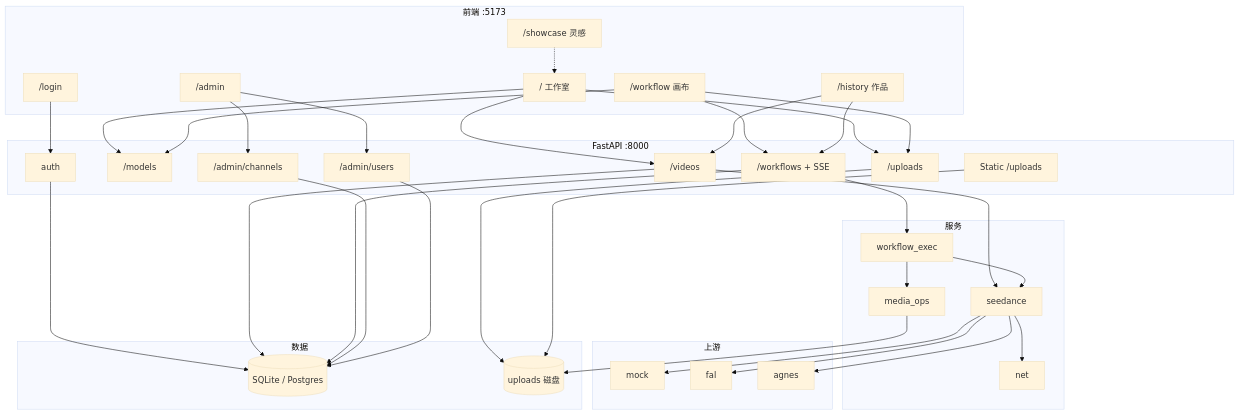
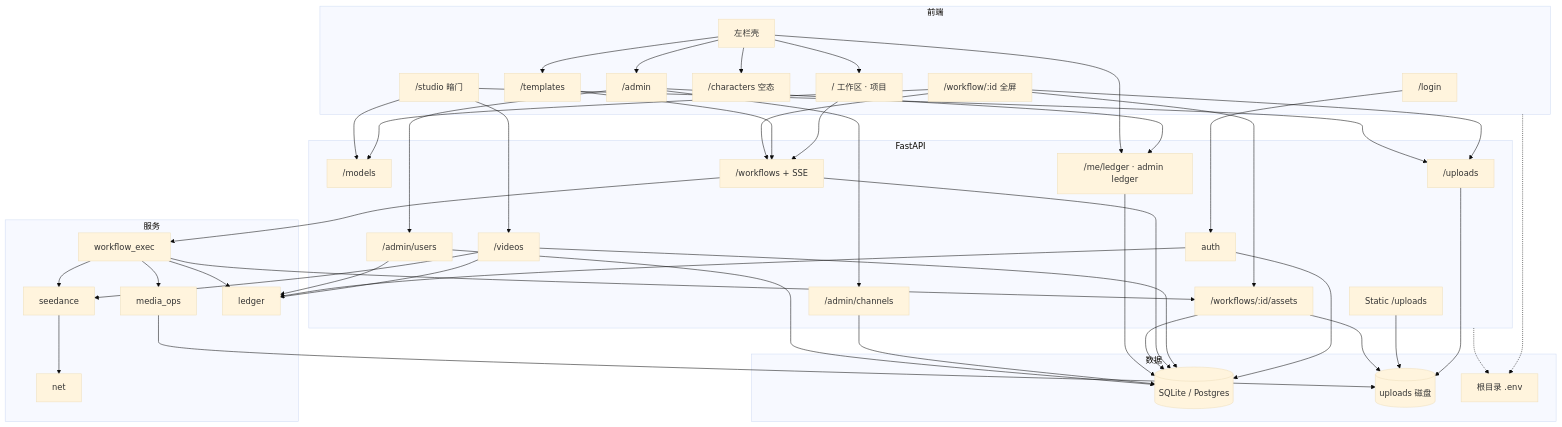
Before and after one commit to Frocir/SeeMeTVC: the diagram in 细化方案.md, drawn with Mermaid (base theme). The commit also changed other lines of this file and 51 other files, not shown here.

Commit message:
build: 补充原型图，并调整一些概念性布局，支持SEEDANCE2.5

````diff
--- a/细化方案.md
+++ b/细化方案.md
@@ -43,54 +73,58 @@
 ```mermaid
 flowchart TB
-  subgraph FE["前端 :5173"]
+  subgraph FE["前端"]
     Login["/login"]
-    Studio["/ 工作室"]
-    Canvas["/workflow 画布"]
-    Showcase["/showcase 灵感"]
-    History["/history 作品"]
+    Rail["左栏壳"]
+    WS["/ 工作区 · 项目"]
+    Tpl["/templates"]
+    Char["/characters 空态"]
     Admin["/admin"]
+    Canvas["/workflow/:id 全屏"]
+    Studio["/studio 暗门"]
   end
 
-  subgraph API["FastAPI :8000"]
+  subgraph API["FastAPI"]
     Auth["auth"]
     Models["/models"]
     Videos["/videos"]
     Wf["/workflows + SSE"]
+    Assets["/workflows/:id/assets"]
+    Ledger["/me/ledger · admin ledger"]
     Uploads["/uploads"]
     ChAdmin["/admin/channels"]
     UserAdmin["/admin/users"]
     Static["Static /uploads"]
   end
 
   subgraph Svc["服务"]
     Seedance["seedance"]
     WfExec["workflow_exec"]
     MediaOps["media_ops"]
+    LedgerSvc["ledger"]
     Net["net"]
-  end
-
-  subgraph Up["上游"]
-    Mock["mock"]
-    Fal["fal"]
-    Agnes["agnes"]
   end
 
   subgraph Data["数据"]
     DB[("SQLite / Postgres")]
     Disk[("uploads 磁盘")]
+    Env["根目录 .env"]
   end
 
   Login --> Auth
+  Rail --> WS & Tpl & Char & Admin
+  WS --> Wf
+  Tpl --> Wf
+  Canvas --> Models & Wf & Assets & Uploads
   Studio --> Models & Videos & Uploads
-  Canvas --> Models & Wf & Uploads
-  History --> Videos & Wf
-  Admin --> ChAdmin & UserAdmin
-  Showcase -.-> Studio
-
+  Admin --> ChAdmin & UserAdmin & Ledger
+  Rail --> Ledger
   Videos --> Seedance
   Wf --> WfExec
-  WfExec --> Seedance & MediaOps
-  Seedance --> Net & Mock & Fal & Agnes
-  MediaOps & Uploads & Static --> Disk
-  Auth & Videos & Wf & ChAdmin & UserAdmin --> DB
+  WfExec --> Seedance & MediaOps & Assets
+  Videos & WfExec & Auth & UserAdmin --> LedgerSvc
+  Seedance --> Net
+  MediaOps & Uploads & Static & Assets --> Disk
+  Auth & Videos & Wf & Assets & Ledger & ChAdmin & UserAdmin --> DB
+  FE -.-> Env
+  API -.-> Env
 ```
````
